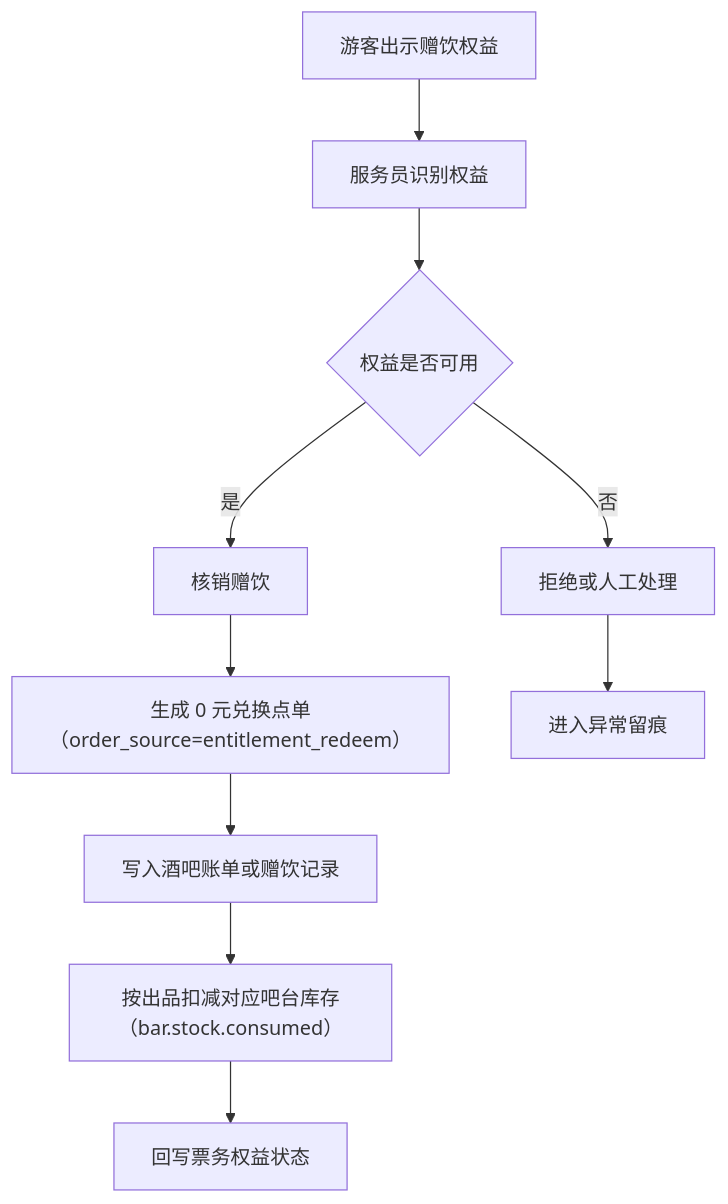
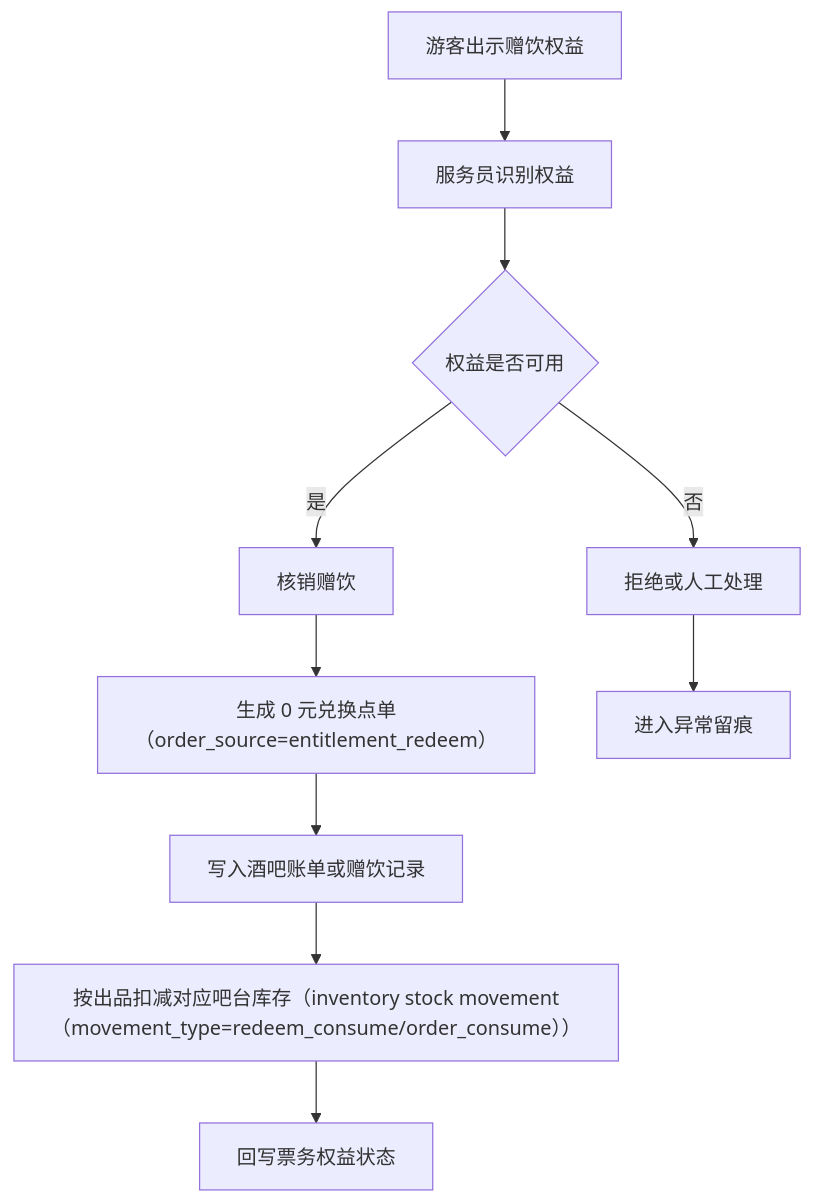
One commit to jxh1979/mall changed the second of 6 diagrams in docs/bar-business-operations-product-prd-v0.1.md. Above: the diagram before and after it, drawn with Mermaid. The commit also changed 281 other files, not shown here.

````diff
--- a/docs/bar-business-operations-product-prd-v0.1.md
+++ b/docs/bar-business-operations-product-prd-v0.1.md
@@ -128,12 +128,12 @@
 ```mermaid
 flowchart TD
   A["游客出示赠饮权益"] --> B["服务员识别权益"]
   B --> C{"权益是否可用"}
   C -- 是 --> D["核销赠饮"]
   D --> D1["生成 0 元兑换点单（order_source=entitlement_redeem）"]
   D1 --> E["写入酒吧账单或赠饮记录"]
-  E --> E1["按出品扣减对应吧台库存（bar.stock.consumed）"]
+  E --> E1["按出品扣减对应吧台库存（inventory stock movement（movement_type=redeem_consume/order_consume））"]
   C -- 否 --> F["拒绝或人工处理"]
   E1 --> G["回写票务权益状态"]
   F --> H["进入异常留痕"]
 ```
````
